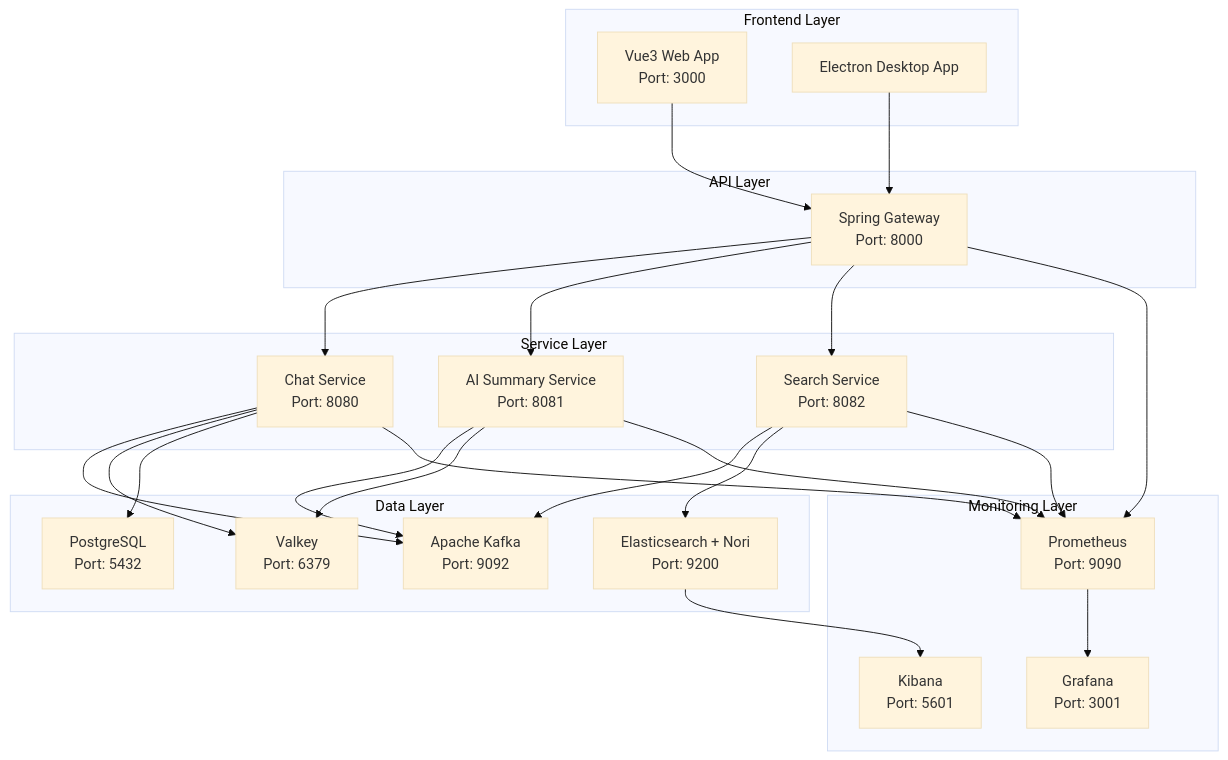
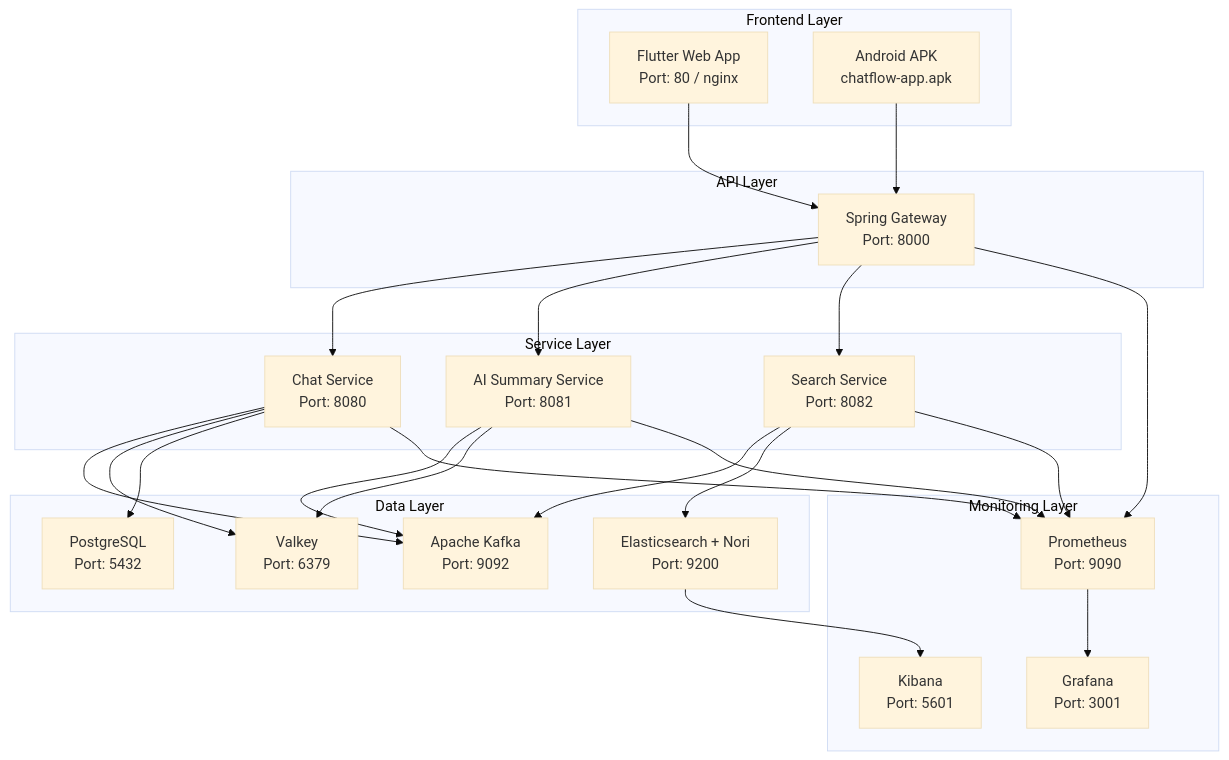
One commit to KwonSeungwon/chat_flow changed the diagram in README.md. Above: the diagram before and after it, drawn with Mermaid (base theme). The commit also changed other lines of this file and 23 other files, not shown here.

````diff
--- a/README.md
+++ b/README.md
@@ -31,55 +30,55 @@
 ```mermaid
 graph TB
     subgraph "Frontend Layer"
-        WEB[Vue3 Web App<br/>Port: 3000]
-        ELECTRON[Electron Desktop App]
+        WEB[Flutter Web App<br/>Port: 80 / nginx]
+        APK[Android APK<br/>chatflow-app.apk]
     end
     
     subgraph "API Layer"
         GATEWAY[Spring Gateway<br/>Port: 8000]
     end
     
     subgraph "Service Layer"
         CHAT[Chat Service<br/>Port: 8080]
         AI[AI Summary Service<br/>Port: 8081]
         SEARCH[Search Service<br/>Port: 8082]
     end
     
     subgraph "Data Layer"
         KAFKA[Apache Kafka<br/>Port: 9092]
         VALKEY[Valkey<br/>Port: 6379]
         ES[Elasticsearch + Nori<br/>Port: 9200]
         POSTGRES[PostgreSQL<br/>Port: 5432]
     end
     
     subgraph "Monitoring Layer"
         PROMETHEUS[Prometheus<br/>Port: 9090]
         GRAFANA[Grafana<br/>Port: 3001]
         KIBANA[Kibana<br/>Port: 5601]
     end
     
     WEB --> GATEWAY
-    ELECTRON --> GATEWAY
+    APK --> GATEWAY
     
     GATEWAY --> CHAT
     GATEWAY --> AI  
     GATEWAY --> SEARCH
     
     CHAT --> KAFKA
     CHAT --> VALKEY
     CHAT --> POSTGRES
     
     AI --> KAFKA
     AI --> VALKEY
     
     SEARCH --> KAFKA
     SEARCH --> ES
     
     CHAT --> PROMETHEUS
     AI --> PROMETHEUS
     SEARCH --> PROMETHEUS
     GATEWAY --> PROMETHEUS
     
     PROMETHEUS --> GRAFANA
     ES --> KIBANA
 ```
````
